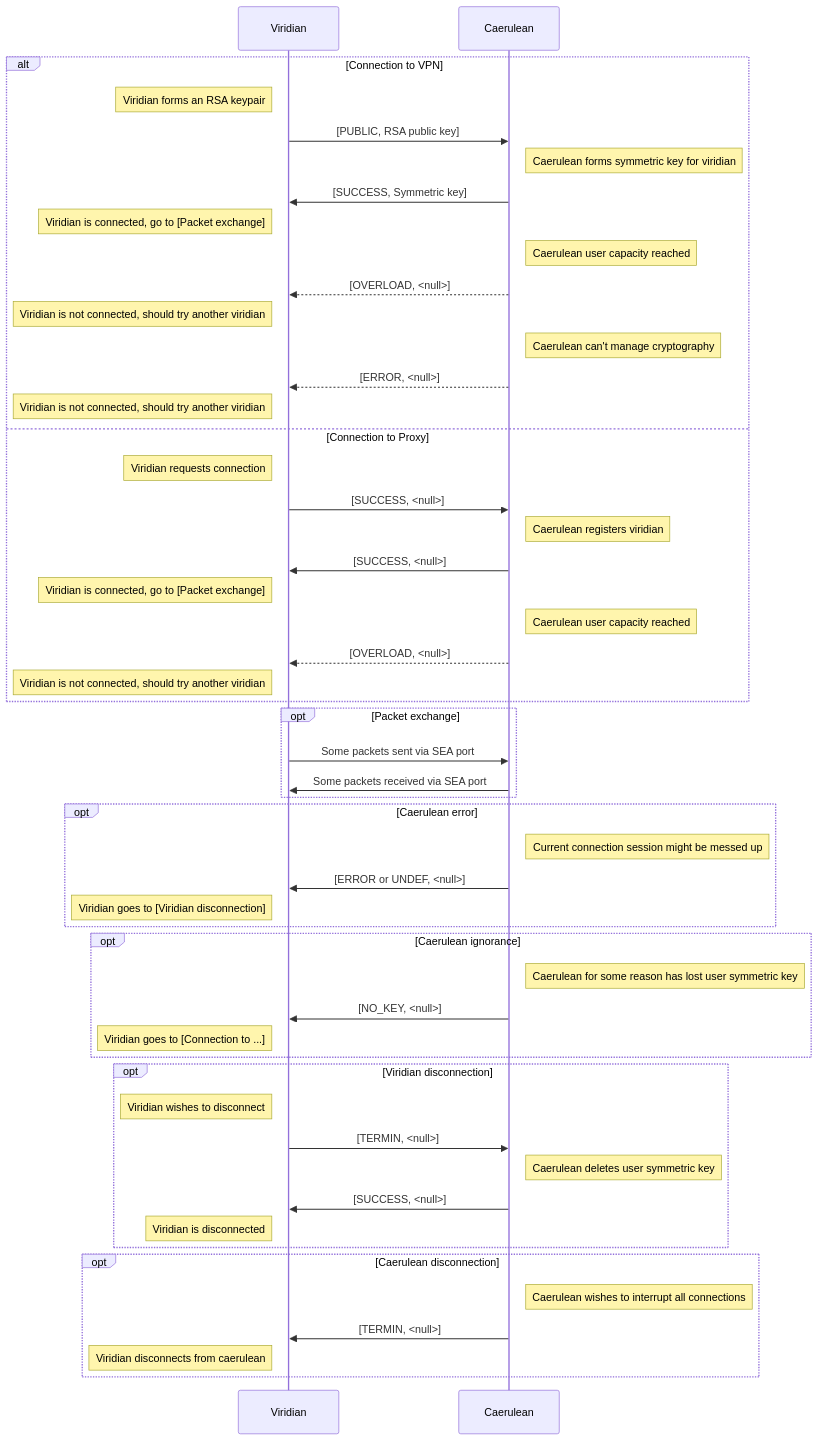
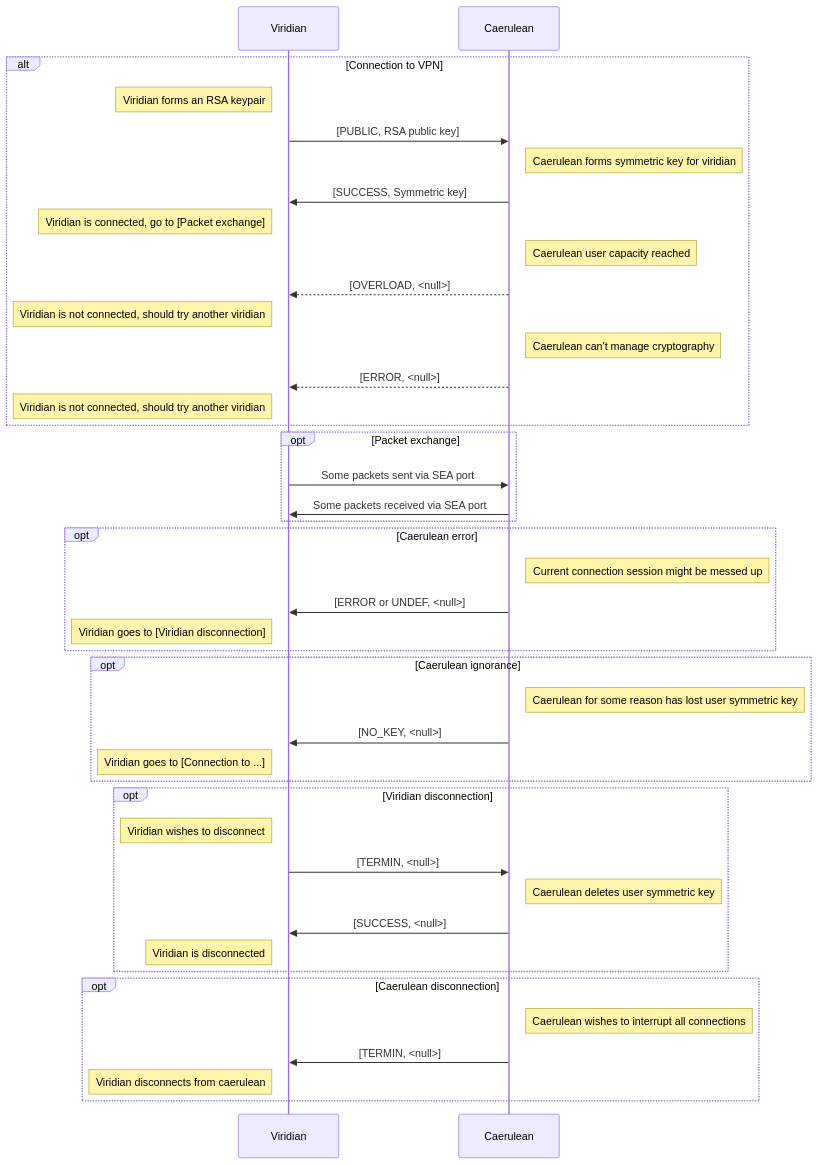
Before and after one commit to pseusys/SeasideVPN: the second of 2 diagrams in README.md, drawn with Mermaid. The commit also changed other lines of this file and 10 other files, not shown here.

````diff
--- a/README.md
+++ b/README.md
@@ -125,62 +125,53 @@
 ```mermaid
 sequenceDiagram
     participant Viridian
     participant Caerulean
 
     link Viridian: Viridian @ https://github.com/pseusys/SeasideVPN/blob/main/viridian/algae/README.md
     link Caerulean: Caerulean @ https://github.com/pseusys/SeasideVPN/blob/main/caerulean/whirlpool/README.md
 
     alt Connection to VPN
         Note left of Viridian: Viridian forms an RSA keypair
         Viridian ->> Caerulean: [PUBLIC, RSA public key]
         Note right of Caerulean: Caerulean forms symmetric key for viridian
         Caerulean ->> Viridian: [SUCCESS, Symmetric key]
         Note left of Viridian: Viridian is connected, go to [Packet exchange]
         Note right of Caerulean: Caerulean user capacity reached
         Caerulean -->> Viridian: [OVERLOAD, <null>]
         Note left of Viridian: Viridian is not connected, should try another viridian
         Note right of Caerulean: Caerulean can't manage cryptography
         Caerulean -->> Viridian: [ERROR, <null>]
-        Note left of Viridian: Viridian is not connected, should try another viridian
-    else Connection to Proxy
-        Note left of Viridian: Viridian requests connection
-        Viridian ->> Caerulean: [SUCCESS, <null>]
-        Note right of Caerulean: Caerulean registers viridian
-        Caerulean ->> Viridian: [SUCCESS, <null>]
-        Note left of Viridian: Viridian is connected, go to [Packet exchange]
-        Note right of Caerulean: Caerulean user capacity reached
-        Caerulean -->> Viridian: [OVERLOAD, <null>]
         Note left of Viridian: Viridian is not connected, should try another viridian
     end
 
     opt Packet exchange
         Viridian ->> Caerulean: Some packets sent via SEA port
         Caerulean ->> Viridian: Some packets received via SEA port
     end
 
     opt Caerulean error
         Note right of Caerulean: Current connection session might be messed up
         Caerulean ->> Viridian: [ERROR or UNDEF, <null>]
         Note left of Viridian: Viridian goes to [Viridian disconnection]
     end
 
     opt Caerulean ignorance
         Note right of Caerulean: Caerulean for some reason has lost user symmetric key
         Caerulean ->> Viridian: [NO_KEY, <null>]
         Note left of Viridian: Viridian goes to [Connection to ...]
     end
 
     opt Viridian disconnection
         Note left of Viridian: Viridian wishes to disconnect
         Viridian ->> Caerulean: [TERMIN, <null>]
         Note right of Caerulean: Caerulean deletes user symmetric key
         Caerulean ->> Viridian: [SUCCESS, <null>]
         Note left of Viridian: Viridian is disconnected
     end
 
     opt Caerulean disconnection
         Note right of Caerulean: Caerulean wishes to interrupt all connections
         Caerulean ->> Viridian: [TERMIN, <null>]
         Note left of Viridian: Viridian disconnects from caerulean
     end
 ```
````
